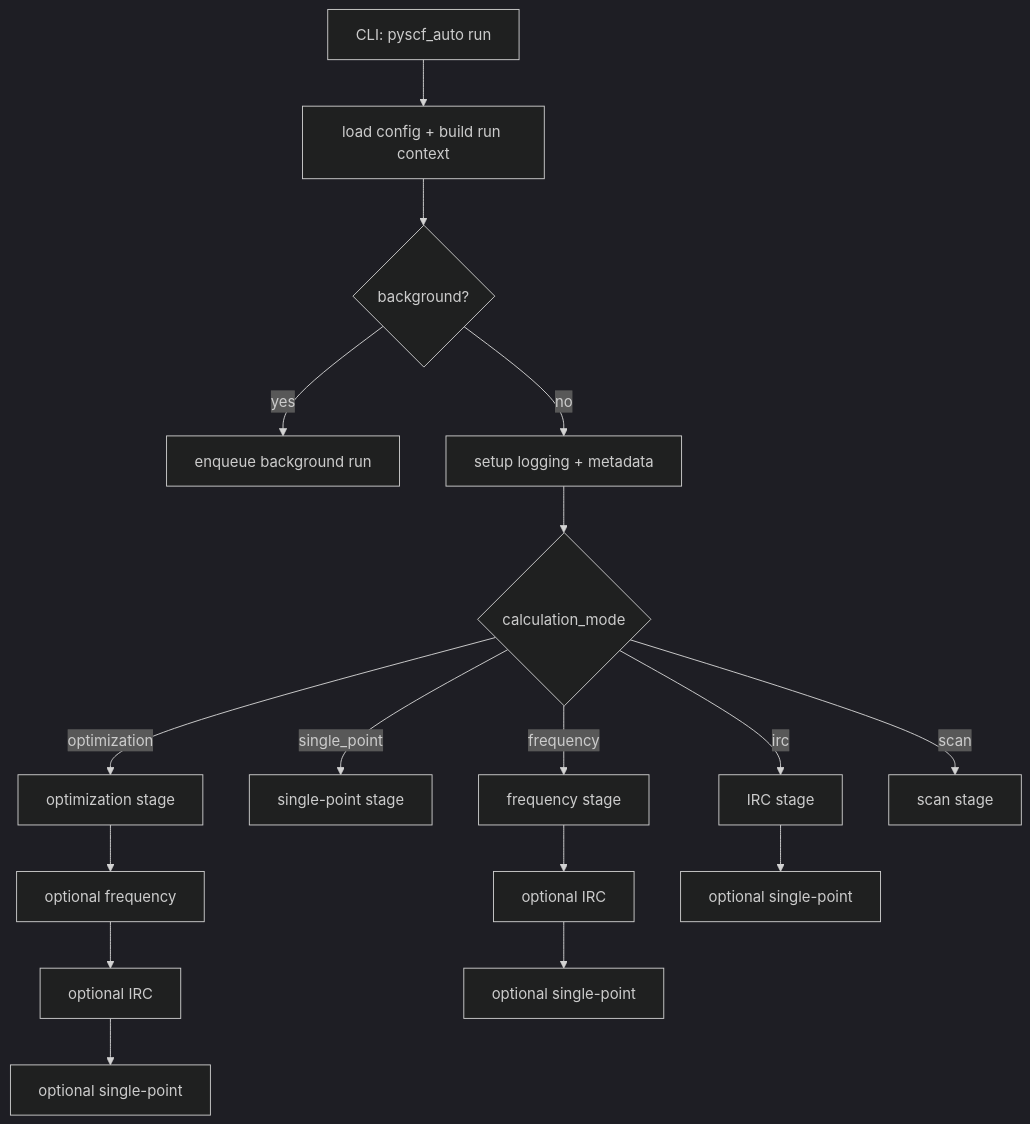
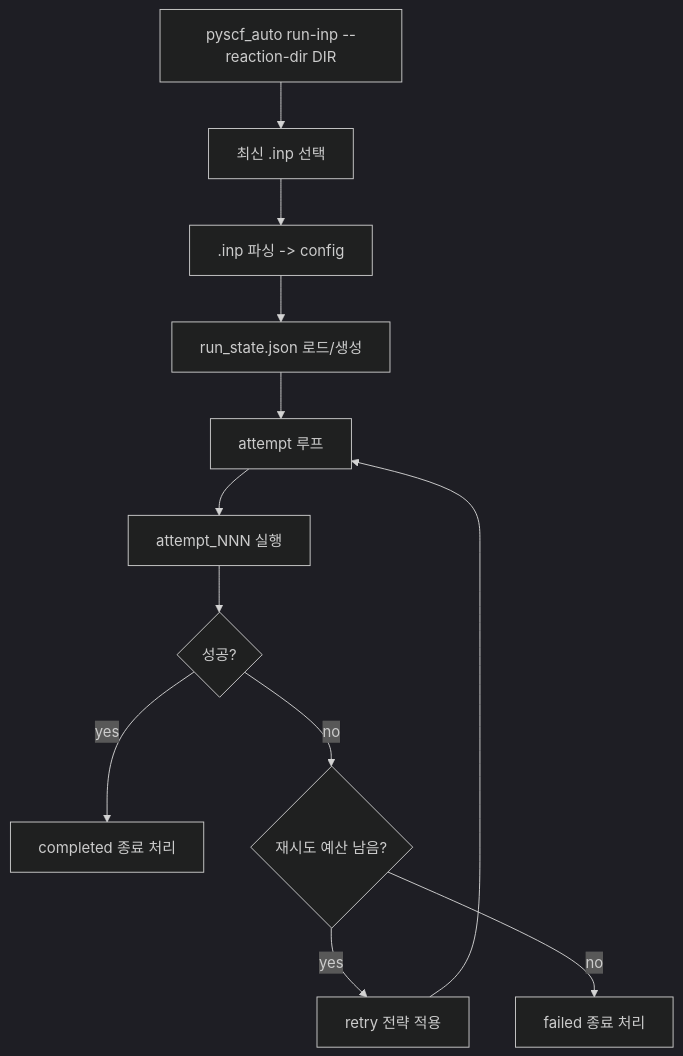
The diagram in docs/ko/workflows.md (dhsohn/pyscf_auto), drawn with Mermaid (dark theme) before and after one commit. The commit also changed other lines of this file and 38 other files, not shown here.

````diff
--- a/docs/ko/workflows.md
+++ b/docs/ko/workflows.md
@@ -13,19 +9,14 @@
 ```mermaid
 flowchart TD
-  A[CLI: pyscf_auto run] --> B[load config + build run context]
-  B --> C{background?}
-  C -->|yes| D[enqueue background run]
-  C -->|no| E[setup logging + metadata]
-  E --> F{calculation_mode}
-  F -->|optimization| G[optimization stage]
-  F -->|single_point| H[single-point stage]
-  F -->|frequency| I[frequency stage]
-  F -->|irc| J[IRC stage]
-  F -->|scan| K[scan stage]
-  G --> G1[optional frequency]
-  G1 --> G2[optional IRC]
-  G2 --> G3[optional single-point]
-  I --> I1[optional IRC]
-  I1 --> I2[optional single-point]
-  J --> J1[optional single-point]
+  A[pyscf_auto run-inp --reaction-dir DIR] --> B[최신 .inp 선택]
+  B --> C[.inp 파싱 -> config]
+  C --> D[run_state.json 로드/생성]
+  D --> E[attempt 루프]
+  E --> F[attempt_NNN 실행]
+  F --> G{성공?}
+  G -->|yes| H[completed 종료 처리]
+  G -->|no| I{재시도 예산 남음?}
+  I -->|yes| J[retry 전략 적용]
+  J --> E
+  I -->|no| K[failed 종료 처리]
 ```
````
